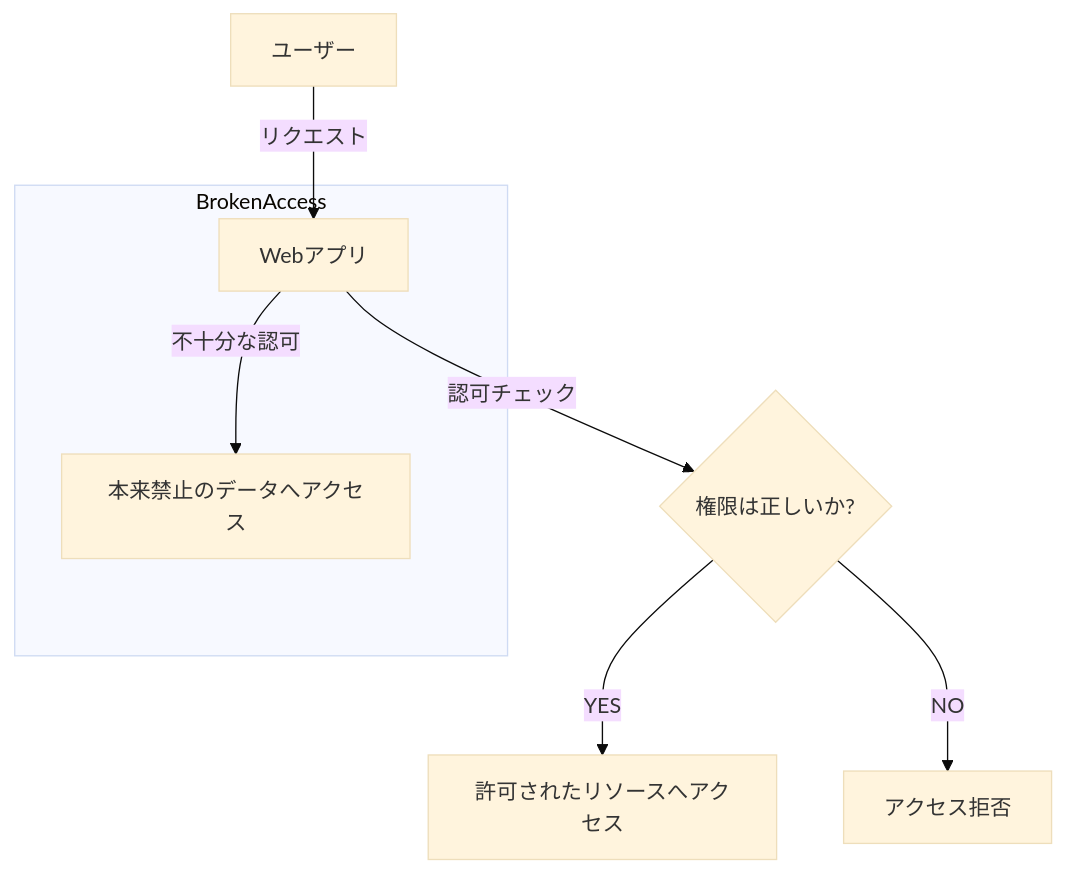
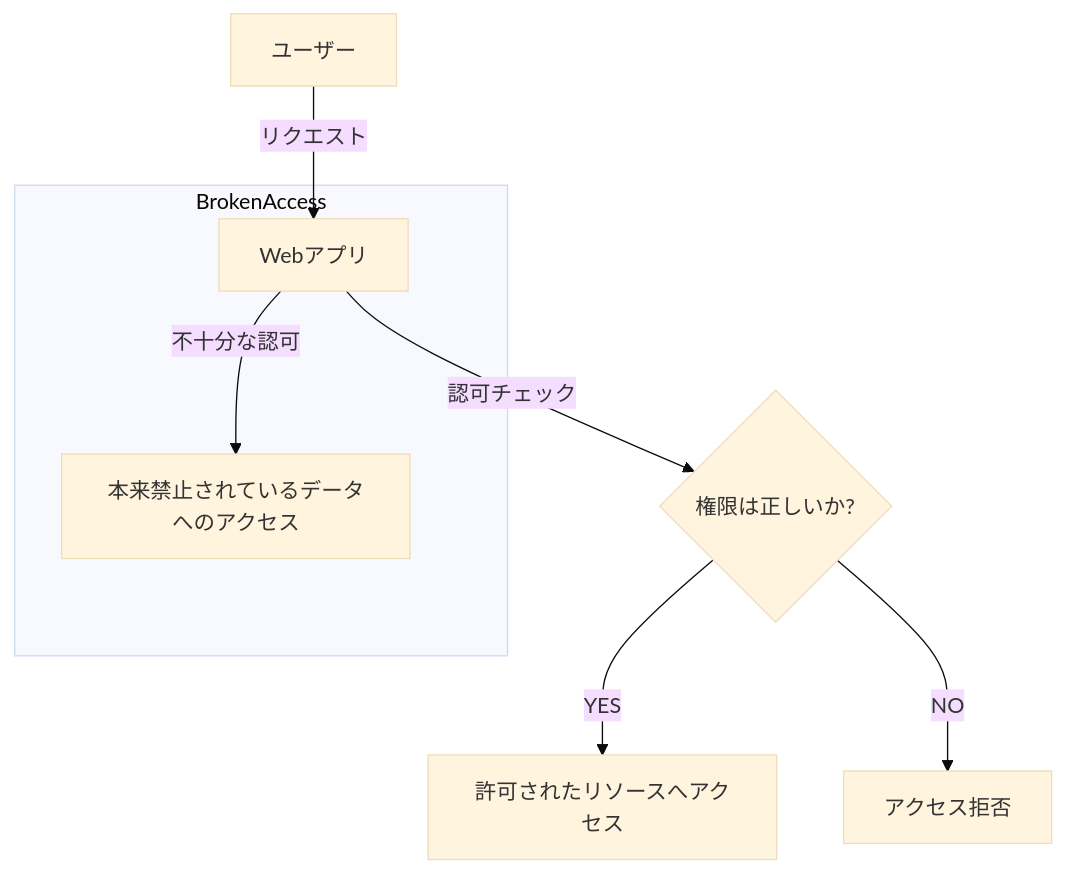
Before and after one commit to OsharoCatSecurity/owasp-top10-jp: the diagram in A01_Broken_Access_Control/A01_Broken_Access_Control.md, drawn with Mermaid (base theme).

````diff
--- a/A01_Broken_Access_Control/A01_Broken_Access_Control.md
+++ b/A01_Broken_Access_Control/A01_Broken_Access_Control.md
@@ -22,11 +22,11 @@
 ```mermaid
 flowchart TD
     U[ユーザー] -->|リクエスト| APP[Webアプリ]
     APP -->|認可チェック| AUTH{権限は正しいか?}
     AUTH -->|YES| OK[許可されたリソースへアクセス]
     AUTH -->|NO| DENY[アクセス拒否]
 
     subgraph BrokenAccess
-        APP -->|不十分な認可| LEAK[本来禁止のデータへアクセス]
+        APP -->|不十分な認可| LEAK[本来禁止されているデータへのアクセス]
     end
 ```
````
